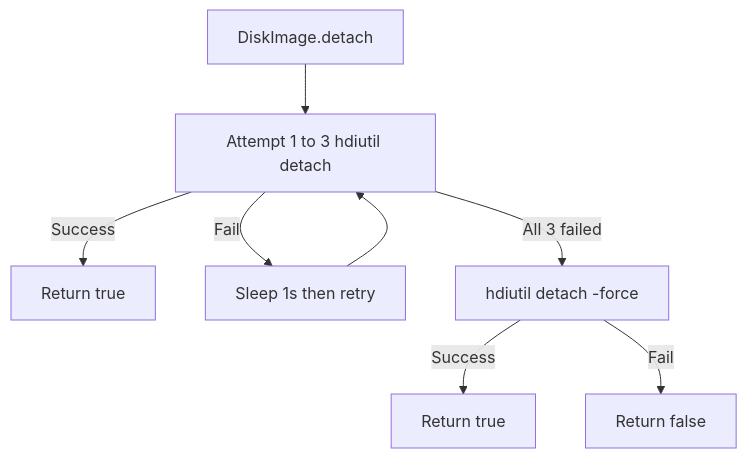
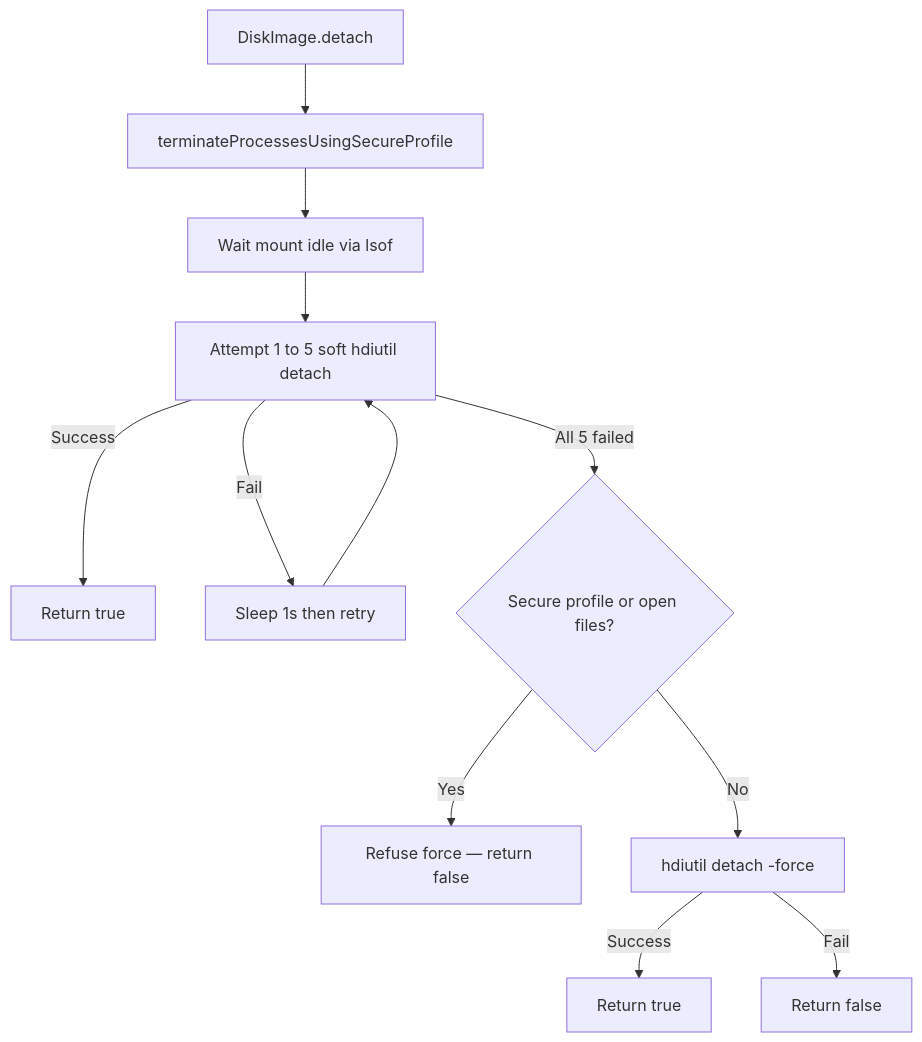
Before and after one commit to Johann-Goncalves-Pereira/Raycast: the sixth of 6 diagrams in პროფილი/README.md, drawn with Mermaid. The commit also changed other lines of this file, not shown here.

````diff
--- a/პროფილი/README.md
+++ b/პროფილი/README.md
@@ -309,10 +327,14 @@
 ```mermaid
 flowchart TD
-    DetachStart[DiskImage.detach] --> AttemptLoop[Attempt 1 to 3 hdiutil detach]
+    DetachStart[DiskImage.detach] --> KillSecure[terminateProcessesUsingSecureProfile]
+    KillSecure --> WaitIdle[Wait mount idle via lsof]
+    WaitIdle --> AttemptLoop[Attempt 1 to 5 soft hdiutil detach]
     AttemptLoop -->|Success| DoneOK[Return true]
     AttemptLoop -->|Fail| Wait1s[Sleep 1s then retry]
     Wait1s --> AttemptLoop
-    AttemptLoop -->|All 3 failed| ForceDetach["hdiutil detach -force"]
+    AttemptLoop -->|All 5 failed| StillBusy{Secure profile or open files?}
+    StillBusy -->|Yes| RefuseForce[Refuse force — return false]
+    StillBusy -->|No| ForceDetach["hdiutil detach -force"]
     ForceDetach -->|Success| DoneForce[Return true]
     ForceDetach -->|Fail| DoneFail[Return false]
 ```
````
